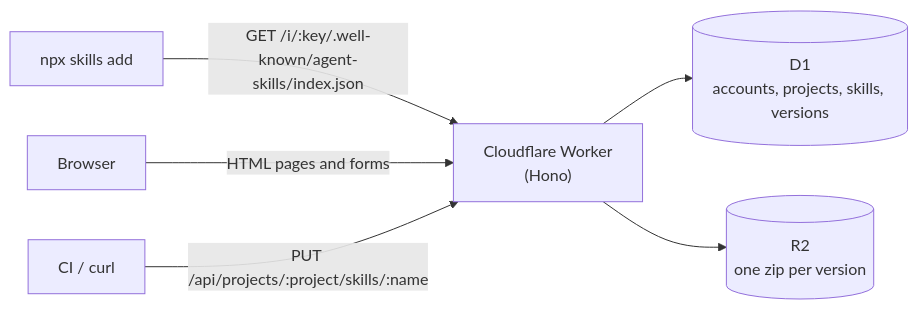
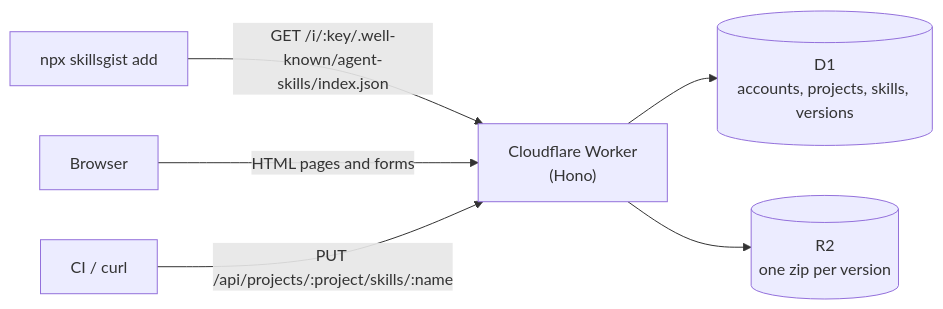
One commit to Qsnh/skillsgist changed the diagram in README.md. Above: the diagram before and after it, drawn with Mermaid. The commit also changed other lines of this file and 7 other files, not shown here.

Commit message:
docs: recommend npx skillsgist and verify that it leaves no install key behind

````diff
--- a/README.md
+++ b/README.md
@@ -168,8 +180,8 @@
 ```mermaid
 flowchart LR
-  cli["npx skills add"] -- "GET /i/:key/.well-known/agent-skills/index.json" --> worker
+  cli["npx skillsgist add"] -- "GET /i/:key/.well-known/agent-skills/index.json" --> worker
   browser["Browser"] -- "HTML pages and forms" --> worker
   ci["CI / curl"] -- "PUT /api/projects/:project/skills/:name" --> worker
   worker["Cloudflare Worker<br/>(Hono)"] --> d1[("D1<br/>accounts, projects, skills, versions")]
   worker --> r2[("R2<br/>one zip per version")]
 ```
````
